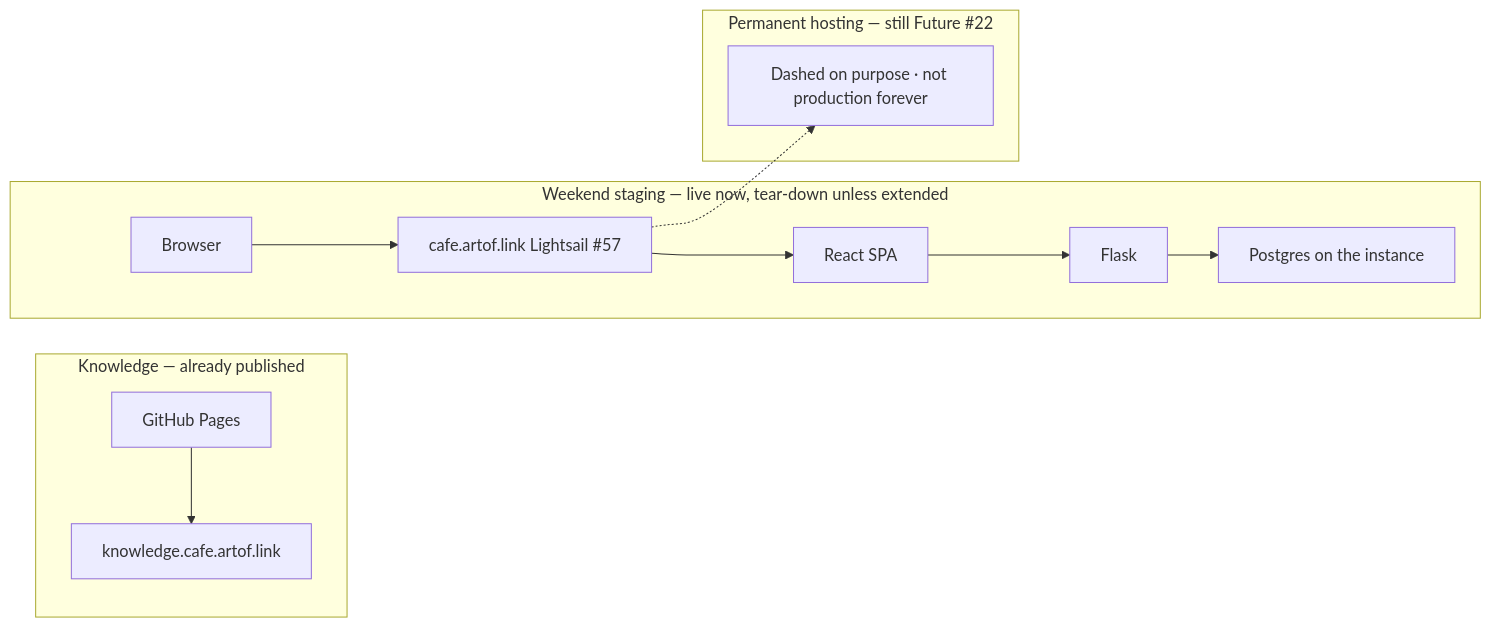
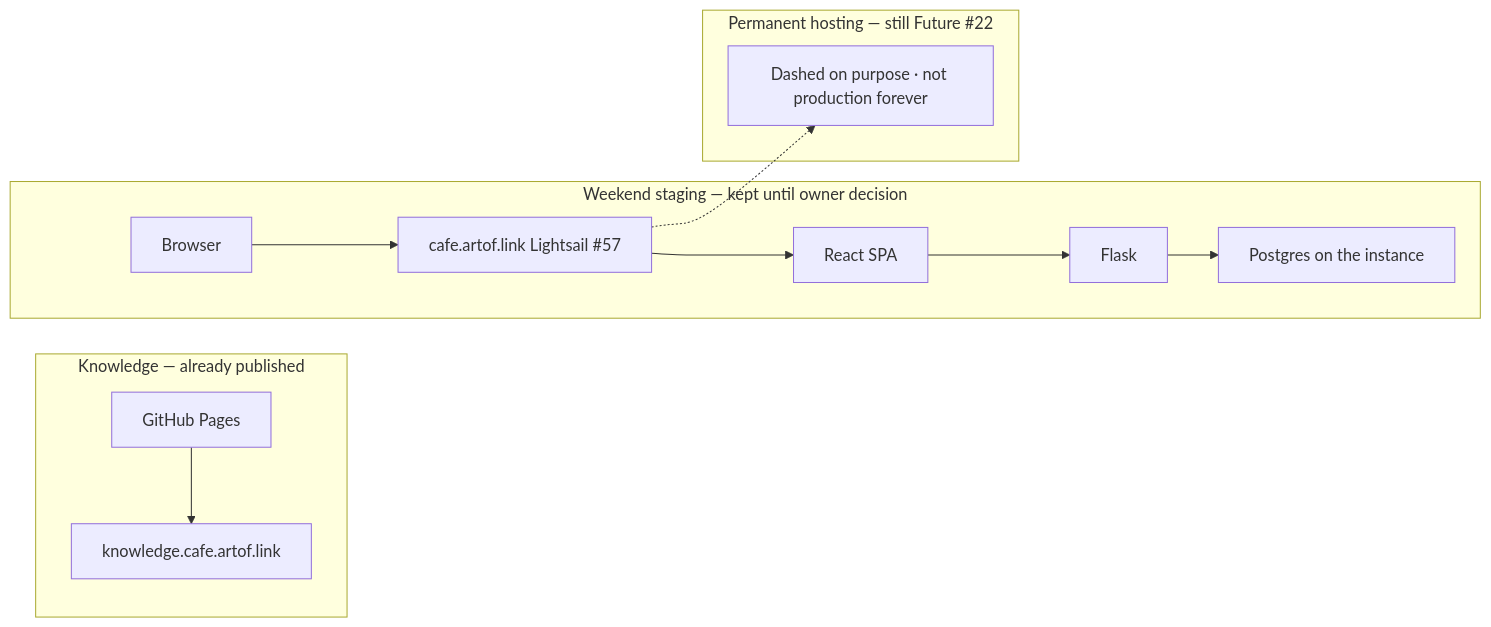
One commit to artofdream/aea-interactive-design changed the second of 2 diagrams in knowledge/stack.md. Above: the diagram before and after it, drawn with Mermaid. The commit also changed other lines of this file and 12 other files, not shown here.

First line of the commit message:
docs(honesty): staging stays up until owner tear-down (#77)

````diff
--- a/knowledge/stack.md
+++ b/knowledge/stack.md
@@ -84,15 +84,15 @@
 ```mermaid
 flowchart LR
   subgraph K2["Knowledge — already published"]
     PAGES["GitHub Pages"] --> KH2["knowledge.cafe.artof.link"]
   end
-  subgraph S["Weekend staging — live now, tear-down unless extended"]
+  subgraph S["Weekend staging — kept until owner decision"]
     B["Browser"] --> HOST["cafe.artof.link Lightsail #57"]
     HOST --> RE["React SPA"]
     RE --> API["Flask"]
     API --> DB["Postgres on the instance"]
   end
   subgraph R["Permanent hosting — still Future #22"]
     HOST -.-> FUT["Dashed on purpose · not production forever"]
   end
 ```
````
